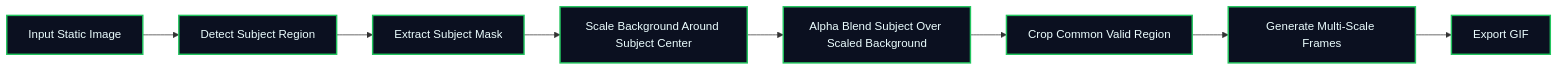
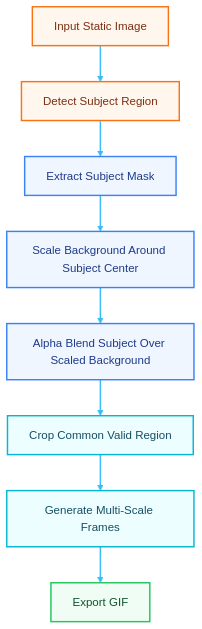
Before and after one commit to MarzukhAsjad/marzukhasjad.github.io: the diagram in src/content/blog6.md, drawn with Mermaid. The commit also changed other lines of this file and 8 other files, not shown here.

````diff
--- a/src/content/blog6.md
+++ b/src/content/blog6.md
@@ -41,13 +48,22 @@
 ```mermaid
-flowchart LR
+flowchart TD
 	A[Input Static Image] --> B[Detect Subject Region]
 	B --> C[Extract Subject Mask]
 	C --> D[Scale Background Around Subject Center]
 	D --> E[Alpha Blend Subject Over Scaled Background]
 	E --> F[Crop Common Valid Region]
 	F --> G[Generate Multi-Scale Frames]
 	G --> H[Export GIF]
 
 	classDef block fill:#0b1020,stroke:#22c55e,color:#ecfeff,stroke-width:2px;
+	classDef warm fill:#fff7ed,stroke:#f97316,color:#7c2d12,stroke-width:2px;
+	classDef cool fill:#eff6ff,stroke:#3b82f6,color:#1e3a8a,stroke-width:2px;
+	classDef accent fill:#ecfeff,stroke:#06b6d4,color:#164e63,stroke-width:2px;
+	classDef success fill:#f0fdf4,stroke:#22c55e,color:#14532d,stroke-width:2px;
 	class A,B,C,D,E,F,G,H block;
+	class A,B warm;
+	class C,D,E cool;
+	class F,G accent;
+	class H success;
+	linkStyle default stroke:#38bdf8,stroke-width:2px;
 ```
````
